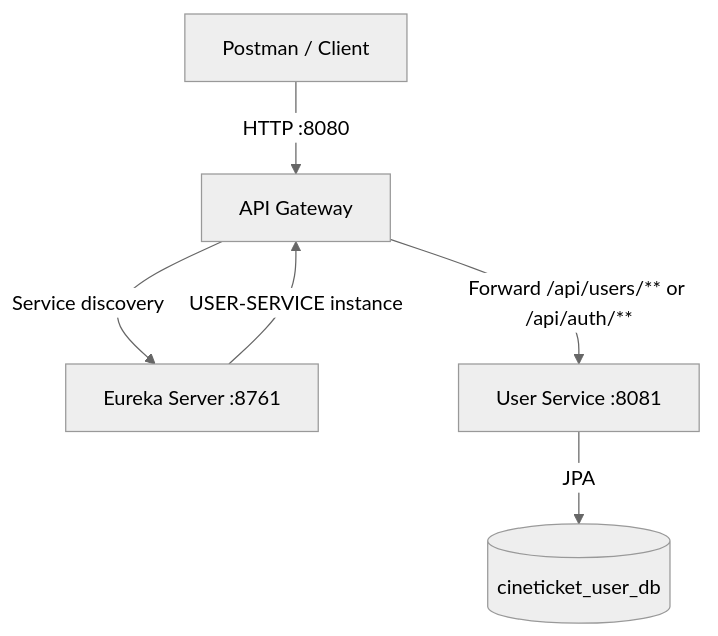
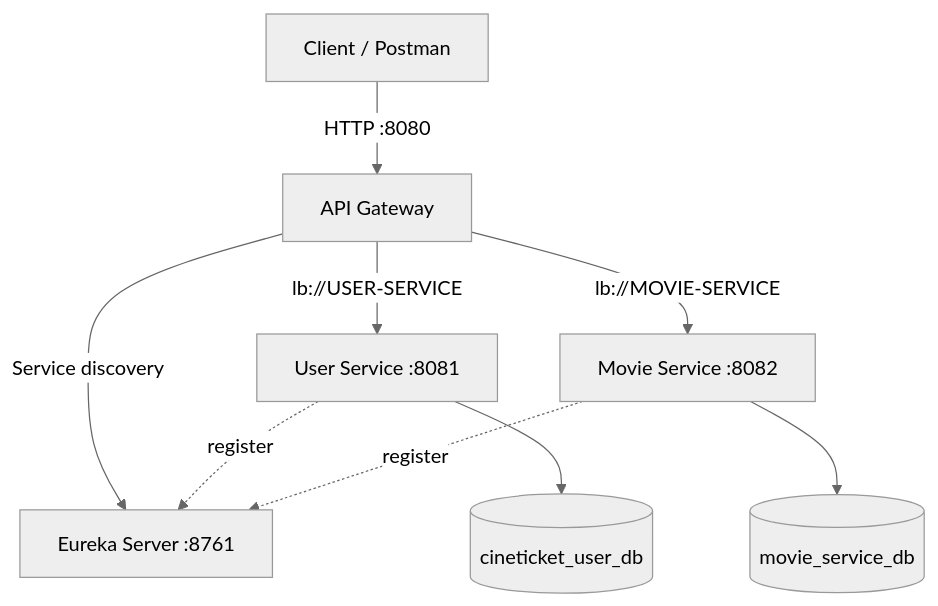
The diagram in README.md (kashboinasandeep/seatsync-microservices), drawn with Mermaid (neutral theme) before and after one commit. The commit also changed other lines of this file, not shown here.

Commit message:
docs: update README with movie service implementation

````diff
--- a/README.md
+++ b/README.md
@@ -49,8 +44,11 @@
 ```mermaid
 flowchart TD
-    C[Postman / Client] -->|HTTP :8080| G[API Gateway]
+    C[Client / Postman] -->|HTTP :8080| G[API Gateway]
     G -->|Service discovery| E[Eureka Server :8761]
-    E -->|USER-SERVICE instance| G
-    G -->|Forward /api/users/** or /api/auth/**| U[User Service :8081]
-    U -->|JPA| DB[(cineticket_user_db)]
+    G -->|lb://USER-SERVICE| U[User Service :8081]
+    G -->|lb://MOVIE-SERVICE| M[Movie Service :8082]
+    U --> UDB[(cineticket_user_db)]
+    M --> MDB[(movie_service_db)]
+    U -. register .-> E
+    M -. register .-> E
 ```
````
